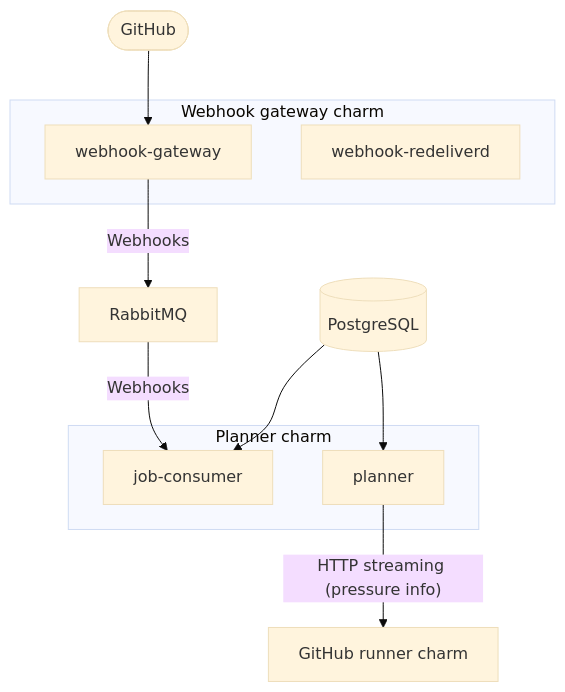
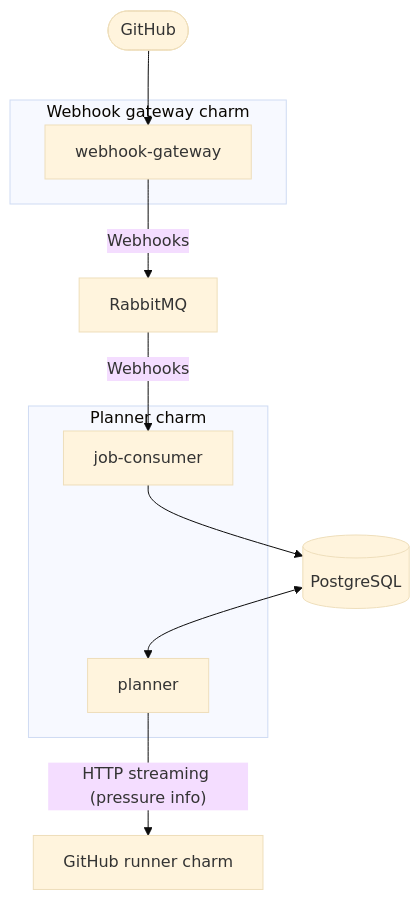
One commit to canonical/github-runner-operators changed the diagram in docs/reference/architecture.md. Above: the diagram before and after it, drawn with Mermaid (base theme). The commit also changed other lines of this file and 2 other files, not shown here.

````diff
--- a/docs/reference/architecture.md
+++ b/docs/reference/architecture.md
@@ -9,23 +9,22 @@
 ```mermaid
 flowchart TD
   GH(["GitHub"]) --> WG_WEBHOOK["webhook-gateway"]
 
   subgraph WG["Webhook gateway charm"]
     WG_WEBHOOK
-    WG_REDELIVER["webhook-redeliverd"]
   end
 
   WG_WEBHOOK -->|Webhooks| MQ["RabbitMQ"]
 
   subgraph PL["Planner charm"]
     PL_CONSUMER["job-consumer"]
     PL_API["planner"]
   end
 
   MQ -->|Webhooks| PL_CONSUMER
 
-  PG[(PostgreSQL)] --> PL_CONSUMER
-  PG --> PL_API
+  PL_CONSUMER --> PG[(PostgreSQL)]
+  PG <--> PL_API
 
   PL_API -->|"HTTP streaming (pressure info)"| GR["GitHub runner charm"]
 ```
````
